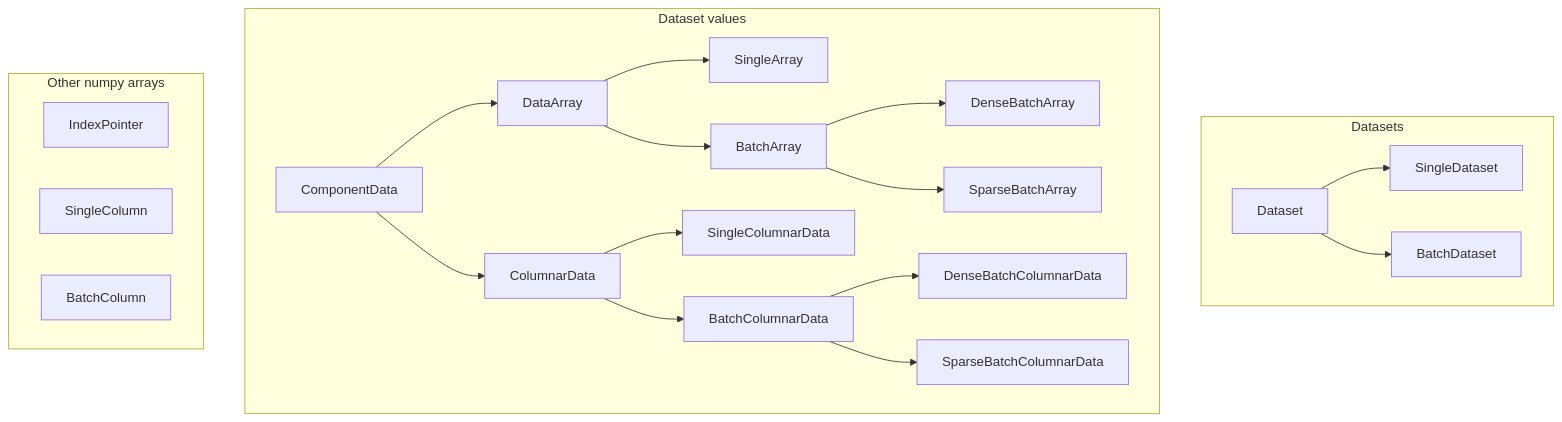
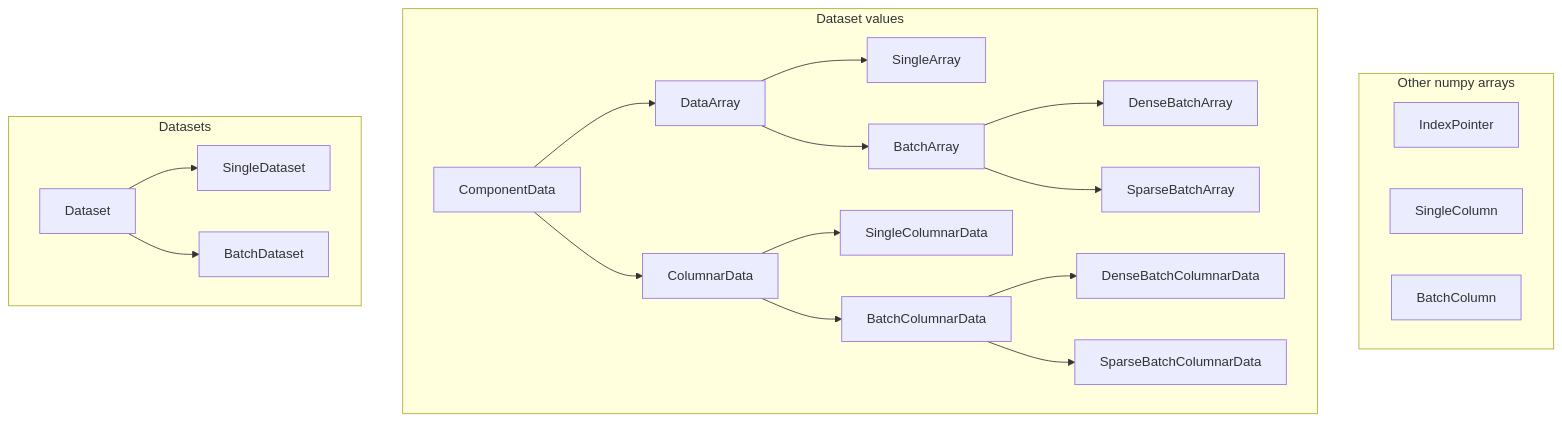
One commit to PowerGridModel/power-grid-model changed the diagram in docs/user_manual/dataset-terminology.md. Above: the diagram before and after it, drawn with Mermaid. The commit also changed other lines of this file, not shown here.

Commit message:
make ordering work

````diff
--- a/docs/user_manual/dataset-terminology.md
+++ b/docs/user_manual/dataset-terminology.md
@@ -13,51 +13,53 @@
 ```{mermaid}
 graph TD
-    subgraph Datasets
-    Dataset --> SingleDataset
-    Dataset --> BatchDataset
+    subgraph Other numpy arrays
+    direction LR 
+    IndexPointer
+    SingleColumn
+    BatchColumn
     end
 
     subgraph Dataset values
     ComponentData --> DataArray
     ComponentData --> ColumnarData
 
     DataArray --> SingleArray
     DataArray --> BatchArray
 
     BatchArray --> DenseBatchArray
     BatchArray --> SparseBatchArray
 
     ColumnarData --> SingleColumnarData
     ColumnarData --> BatchColumnarData
 
     BatchColumnarData --> DenseBatchColumnarData
     BatchColumnarData --> SparseBatchColumnarData
     end
 
-    subgraph Other numpy arrays
-    IndexPointer
-    SingleColumn
-    BatchColumn
+    subgraph Datasets
+    Dataset --> SingleDataset
+    Dataset --> BatchDataset
     end
+
 
     click Dataset href "../api_reference/python-api-reference.html#power_grid_model.data_types.Dataset"
     click SingleDataset href "../api_reference/python-api-reference.html#power_grid_model.data_types.SingleDataset"
     click BatchDataset href "../api_reference/python-api-reference.html#power_grid_model.data_types.BatchDataset"
 
     click ComponentData href "../api_reference/python-api-reference.html#power_grid_model.data_types.ComponentData"
     click DataArray href "../api_reference/python-api-reference.html#power_grid_model.data_types.DataArray"
     click ColumnarData href "../api_reference/python-api-reference.html#power_grid_model.data_types.ColumnarData"
     click SingleArray href "../api_reference/python-api-reference.html#power_grid_model.data_types.SingleArray"
     click BatchArray href "../api_reference/python-api-reference.html#power_grid_model.data_types.BatchArray"
     click DenseBatchArray href "../api_reference/python-api-reference.html#power_grid_model.data_types.DenseBatchArray"
     click SparseBatchArray href "../api_reference/python-api-reference.html#power_grid_model.data_types.SparseBatchArray"
     click SingleColumnarData href "../api_reference/python-api-reference.html#power_grid_model.data_types.SingleColumnarData"
     click BatchColumnarData href "../api_reference/python-api-reference.html#power_grid_model.data_types.BatchColumnarData"
     click DenseBatchColumnarData href "../api_reference/python-api-reference.html#power_grid_model.data_types.DenseBatchColumnarData"
     click SparseBatchColumnarData href "../api_reference/python-api-reference.html#power_grid_model.data_types.SparseBatchColumnarData"
 
     click IndexPointer href "../api_reference/python-api-reference.html#power_grid_model.data_types.IndexPointer"
     click SingleColumn href "../api_reference/python-api-reference.html#power_grid_model.data_types.SingleColumn"
     click BatchColumn href "../api_reference/python-api-reference.html#power_grid_model.data_types.BatchColumn"
 
 ```
````
